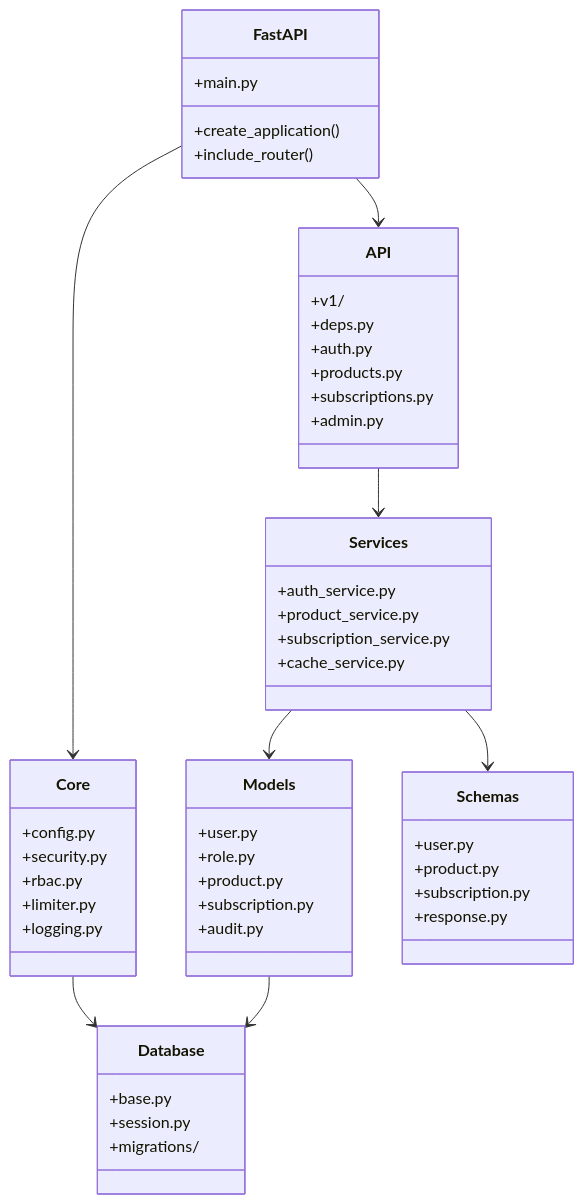
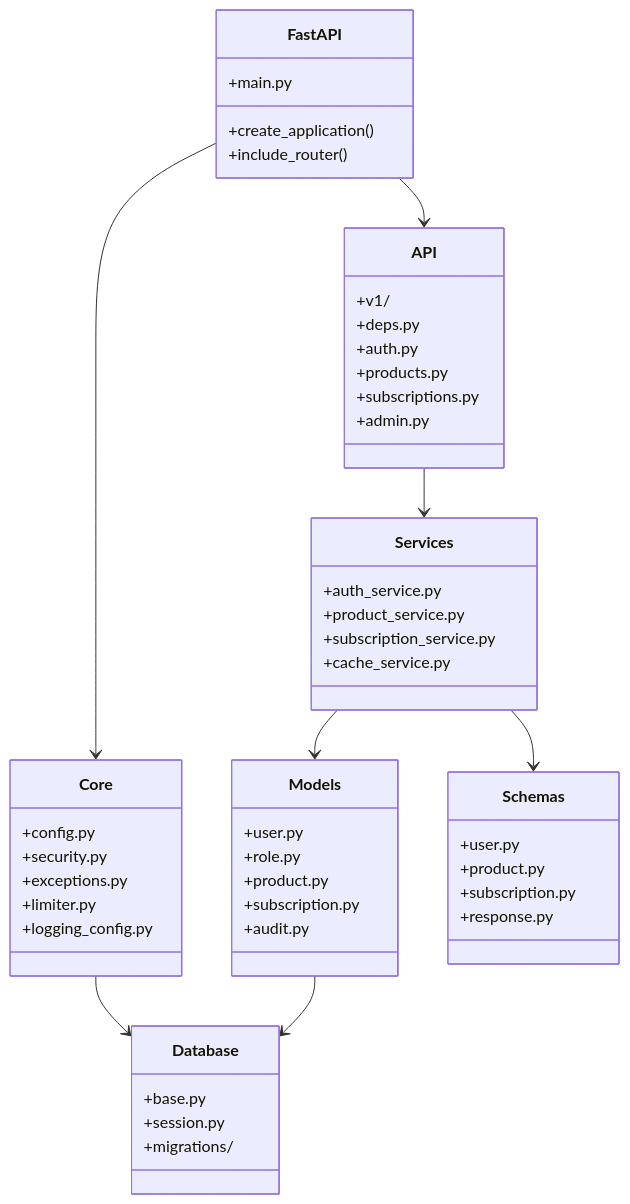
The second of 3 diagrams in docs/architecture.md (wvwvw5/neuro_store), drawn with Mermaid before and after one commit. The commit also changed other lines of this file and 52 other files, not shown here.

````diff
--- a/docs/architecture.md
+++ b/docs/architecture.md
@@ -55,61 +55,61 @@
 ```mermaid
 classDiagram
     class FastAPI {
         +main.py
         +create_application()
         +include_router()
     }
     
     class Core {
         +config.py
         +security.py
-        +rbac.py
+        +exceptions.py
         +limiter.py
-        +logging.py
+        +logging_config.py
     }
     
     class API {
         +v1/
         +deps.py
         +auth.py
         +products.py
         +subscriptions.py
         +admin.py
     }
     
     class Services {
         +auth_service.py
         +product_service.py
         +subscription_service.py
         +cache_service.py
     }
     
     class Models {
         +user.py
         +role.py
         +product.py
         +subscription.py
         +audit.py
     }
     
     class Schemas {
         +user.py
         +product.py
         +subscription.py
         +response.py
     }
     
     class Database {
         +base.py
         +session.py
         +migrations/
     }
     
     FastAPI --> Core
     FastAPI --> API
     API --> Services
     Services --> Models
     Services --> Schemas
     Models --> Database
     Core --> Database
 ```
````
